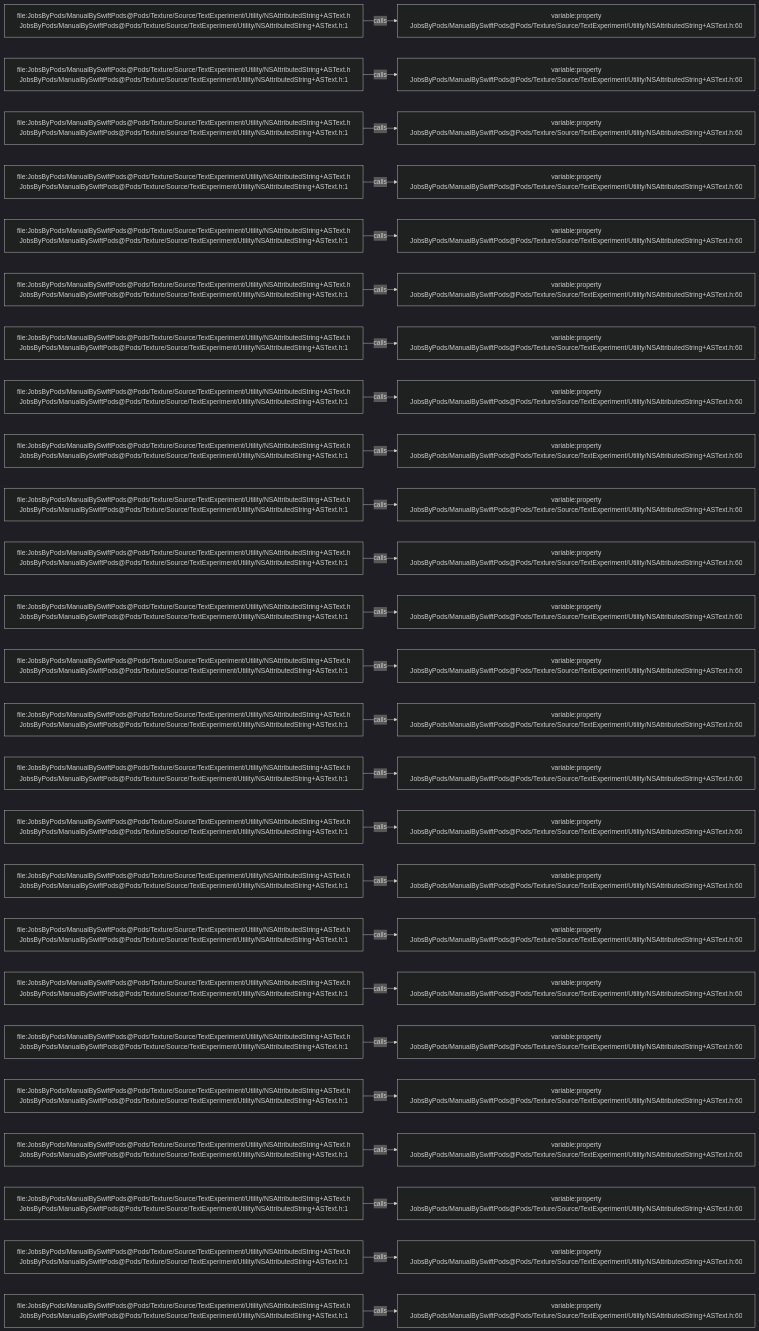
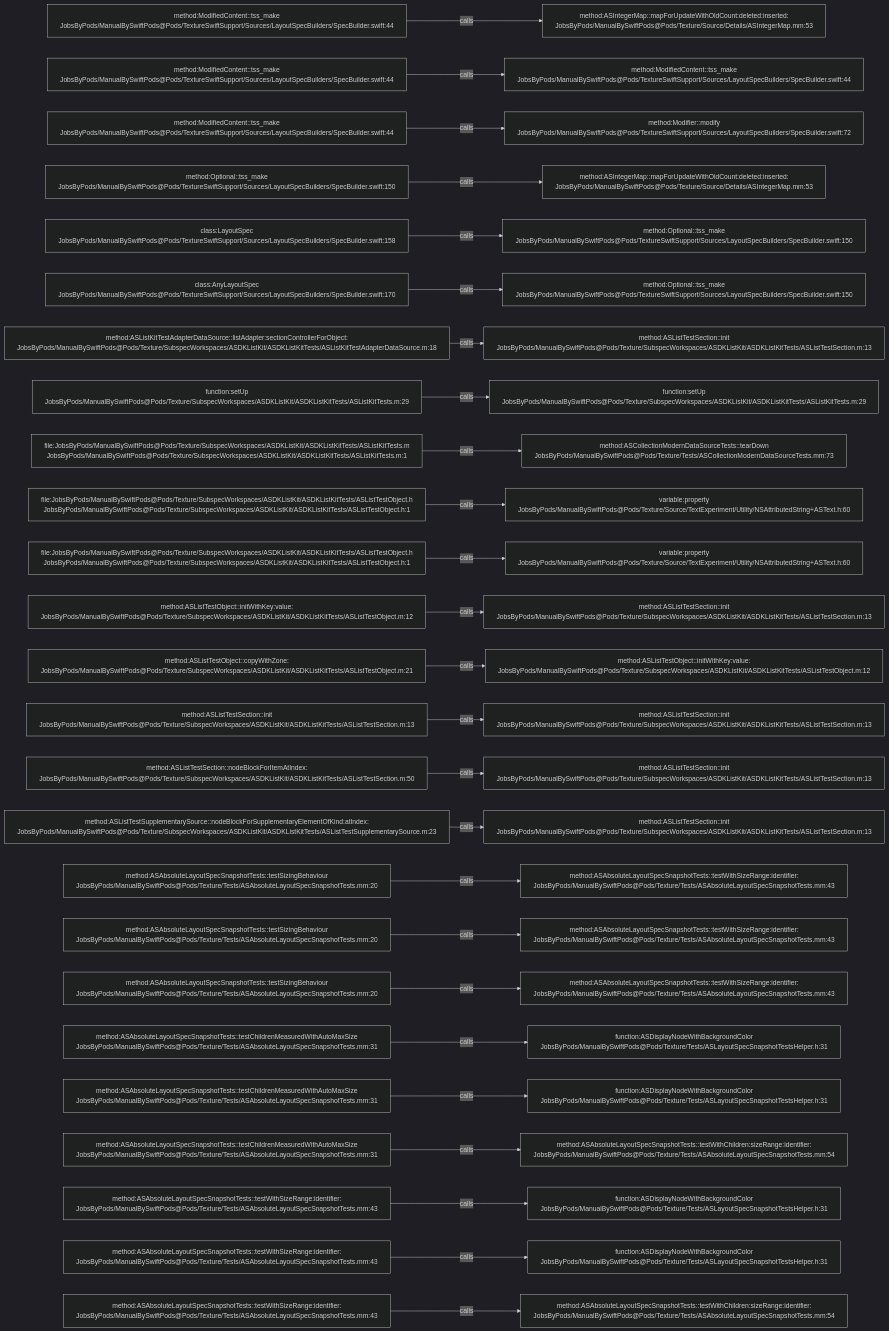
One commit to JobsKits/JobsSwiftBaseConfigDemo changed the diagram in .codegraph/codegraph.md/graphs/calls-160.md. Above: the diagram before and after it, drawn with Mermaid (dark theme). The commit also changed 832 other files, not shown here.

````diff
--- a/.codegraph/codegraph.md/graphs/calls-160.md
+++ b/.codegraph/codegraph.md/graphs/calls-160.md
@@ -13,78 +13,78 @@
 ```mermaid
 flowchart LR
-  S1["file:JobsByPods/ManualBySwiftPods@Pods/Texture/Source/TextExperiment/Utility/NSAttributedString+ASText.h<br/>JobsByPods/ManualBySwiftPods@Pods/Texture/Source/TextExperiment/Utility/NSAttributedString+ASText.h:1"]
-  T1["variable:property<br/>JobsByPods/ManualBySwiftPods@Pods/Texture/Source/TextExperiment/Utility/NSAttributedString+ASText.h:60"]
+  S1["method:ModifiedContent::tss_make<br/>JobsByPods/ManualBySwiftPods@Pods/TextureSwiftSupport/Sources/LayoutSpecBuilders/SpecBuilder.swift:44"]
+  T1["method:ASIntegerMap::mapForUpdateWithOldCount:deleted:inserted:<br/>JobsByPods/ManualBySwiftPods@Pods/Texture/Source/Details/ASIntegerMap.mm:53"]
   S1 -->|calls| T1
-  S2["file:JobsByPods/ManualBySwiftPods@Pods/Texture/Source/TextExperiment/Utility/NSAttributedString+ASText.h<br/>JobsByPods/ManualBySwiftPods@Pods/Texture/Source/TextExperiment/Utility/NSAttributedString+ASText.h:1"]
-  T2["variable:property<br/>JobsByPods/ManualBySwiftPods@Pods/Texture/Source/TextExperiment/Utility/NSAttributedString+ASText.h:60"]
+  S2["method:ModifiedContent::tss_make<br/>JobsByPods/ManualBySwiftPods@Pods/TextureSwiftSupport/Sources/LayoutSpecBuilders/SpecBuilder.swift:44"]
+  T2["method:ModifiedContent::tss_make<br/>JobsByPods/ManualBySwiftPods@Pods/TextureSwiftSupport/Sources/LayoutSpecBuilders/SpecBuilder.swift:44"]
   S2 -->|calls| T2
-  S3["file:JobsByPods/ManualBySwiftPods@Pods/Texture/Source/TextExperiment/Utility/NSAttributedString+ASText.h<br/>JobsByPods/ManualBySwiftPods@Pods/Texture/Source/TextExperiment/Utility/NSAttributedString+ASText.h:1"]
-  T3["variable:property<br/>JobsByPods/ManualBySwiftPods@Pods/Texture/Source/TextExperiment/Utility/NSAttributedString+ASText.h:60"]
+  S3["method:ModifiedContent::tss_make<br/>JobsByPods/ManualBySwiftPods@Pods/TextureSwiftSupport/Sources/LayoutSpecBuilders/SpecBuilder.swift:44"]
+  T3["method:Modifier::modify<br/>JobsByPods/ManualBySwiftPods@Pods/TextureSwiftSupport/Sources/LayoutSpecBuilders/SpecBuilder.swift:72"]
   S3 -->|calls| T3
-  S4["file:JobsByPods/ManualBySwiftPods@Pods/Texture/Source/TextExperiment/Utility/NSAttributedString+ASText.h<br/>JobsByPods/ManualBySwiftPods@Pods/Texture/Source/TextExperiment/Utility/NSAttributedString+ASText.h:1"]
-  T4["variable:property<br/>JobsByPods/ManualBySwiftPods@Pods/Texture/Source/TextExperiment/Utility/NSAttributedString+ASText.h:60"]
+  S4["method:Optional::tss_make<br/>JobsByPods/ManualBySwiftPods@Pods/TextureSwiftSupport/Sources/LayoutSpecBuilders/SpecBuilder.swift:150"]
+  T4["method:ASIntegerMap::mapForUpdateWithOldCount:deleted:inserted:<br/>JobsByPods/ManualBySwiftPods@Pods/Texture/Source/Details/ASIntegerMap.mm:53"]
   S4 -->|calls| T4
-  S5["file:JobsByPods/ManualBySwiftPods@Pods/Texture/Source/TextExperiment/Utility/NSAttributedString+ASText.h<br/>JobsByPods/ManualBySwiftPods@Pods/Texture/Source/TextExperiment/Utility/NSAttributedString+ASText.h:1"]
-  T5["variable:property<br/>JobsByPods/ManualBySwiftPods@Pods/Texture/Source/TextExperiment/Utility/NSAttributedString+ASText.h:60"]
+  S5["class:LayoutSpec<br/>JobsByPods/ManualBySwiftPods@Pods/TextureSwiftSupport/Sources/LayoutSpecBuilders/SpecBuilder.swift:158"]
+  T5["method:Optional::tss_make<br/>JobsByPods/ManualBySwiftPods@Pods/TextureSwiftSupport/Sources/LayoutSpecBuilders/SpecBuilder.swift:150"]
   S5 -->|calls| T5
-  S6["file:JobsByPods/ManualBySwiftPods@Pods/Texture/Source/TextExperiment/Utility/NSAttributedString+ASText.h<br/>JobsByPods/ManualBySwiftPods@Pods/Texture/Source/TextExperiment/Utility/NSAttributedString+ASText.h:1"]
-  T6["variable:property<br/>JobsByPods/ManualBySwiftPods@Pods/Texture/Source/TextExperiment/Utility/NSAttributedString+ASText.h:60"]
+  S6["class:AnyLayoutSpec<br/>JobsByPods/ManualBySwiftPods@Pods/TextureSwiftSupport/Sources/LayoutSpecBuilders/SpecBuilder.swift:170"]
+  T6["method:Optional::tss_make<br/>JobsByPods/ManualBySwiftPods@Pods/TextureSwiftSupport/Sources/LayoutSpecBuilders/SpecBuilder.swift:150"]
   S6 -->|calls| T6
-  S7["file:JobsByPods/ManualBySwiftPods@Pods/Texture/Source/TextExperiment/Utility/NSAttributedString+ASText.h<br/>JobsByPods/ManualBySwiftPods@Pods/Texture/Source/TextExperiment/Utility/NSAttributedString+ASText.h:1"]
-  T7["variable:property<br/>JobsByPods/ManualBySwiftPods@Pods/Texture/Source/TextExperiment/Utility/NSAttributedString+ASText.h:60"]
+  S7["method:ASListKitTestAdapterDataSource::listAdapter:sectionControllerForObject:<br/>JobsByPods/ManualBySwiftPods@Pods/Texture/SubspecWorkspaces/ASDKListKit/ASDKListKitTests/ASListKitTestAdapterDataSource.m:18"]
+  T7["method:ASListTestSection::init<br/>JobsByPods/ManualBySwiftPods@Pods/Texture/SubspecWorkspaces/ASDKListKit/ASDKListKitTests/ASListTestSection.m:13"]
   S7 -->|calls| T7
-  S8["file:JobsByPods/ManualBySwiftPods@Pods/Texture/Source/TextExperiment/Utility/NSAttributedString+ASText.h<br/>JobsByPods/ManualBySwiftPods@Pods/Texture/Source/TextExperiment/Utility/NSAttributedString+ASText.h:1"]
-  T8["variable:property<br/>JobsByPods/ManualBySwiftPods@Pods/Texture/Source/TextExperiment/Utility/NSAttributedString+ASText.h:60"]
+  S8["function:setUp<br/>JobsByPods/ManualBySwiftPods@Pods/Texture/SubspecWorkspaces/ASDKListKit/ASDKListKitTests/ASListKitTests.m:29"]
+  T8["function:setUp<br/>JobsByPods/ManualBySwiftPods@Pods/Texture/SubspecWorkspaces/ASDKListKit/ASDKListKitTests/ASListKitTests.m:29"]
   S8 -->|calls| T8
-  S9["file:JobsByPods/ManualBySwiftPods@Pods/Texture/Source/TextExperiment/Utility/NSAttributedString+ASText.h<br/>JobsByPods/ManualBySwiftPods@Pods/Texture/Source/TextExperiment/Utility/NSAttributedString+ASText.h:1"]
-  T9["variable:property<br/>JobsByPods/ManualBySwiftPods@Pods/Texture/Source/TextExperiment/Utility/NSAttributedString+ASText.h:60"]
+  S9["file:JobsByPods/ManualBySwiftPods@Pods/Texture/SubspecWorkspaces/ASDKListKit/ASDKListKitTests/ASListKitTests.m<br/>JobsByPods/ManualBySwiftPods@Pods/Texture/SubspecWorkspaces/ASDKListKit/ASDKListKitTests/ASListKitTests.m:1"]
+  T9["method:ASCollectionModernDataSourceTests::tearDown<br/>JobsByPods/ManualBySwiftPods@Pods/Texture/Tests/ASCollectionModernDataSourceTests.mm:73"]
   S9 -->|calls| T9
-  S10["file:JobsByPods/ManualBySwiftPods@Pods/Texture/Source/TextExperiment/Utility/NSAttributedString+ASText.h<br/>JobsByPods/ManualBySwiftPods@Pods/Texture/Source/TextExperiment/Utility/NSAttributedString+ASText.h:1"]
+  S10["file:JobsByPods/ManualBySwiftPods@Pods/Texture/SubspecWorkspaces/ASDKListKit/ASDKListKitTests/ASListTestObject.h<br/>JobsByPods/ManualBySwiftPods@Pods/Texture/SubspecWorkspaces/ASDKListKit/ASDKListKitTests/ASListTestObject.h:1"]
   T10["variable:property<br/>JobsByPods/ManualBySwiftPods@Pods/Texture/Source/TextExperiment/Utility/NSAttributedString+ASText.h:60"]
   S10 -->|calls| T10
-  S11["file:JobsByPods/ManualBySwiftPods@Pods/Texture/Source/TextExperiment/Utility/NSAttributedString+ASText.h<br/>JobsByPods/ManualBySwiftPods@Pods/Texture/Source/TextExperiment/Utility/NSAttributedString+ASText.h:1"]
+  S11["file:JobsByPods/ManualBySwiftPods@Pods/Texture/SubspecWorkspaces/ASDKListKit/ASDKListKitTests/ASListTestObject.h<br/>JobsByPods/ManualBySwiftPods@Pods/Texture/SubspecWorkspaces/ASDKListKit/ASDKListKitTests/ASListTestObject.h:1"]
   T11["variable:property<br/>JobsByPods/ManualBySwiftPods@Pods/Texture/Source/TextExperiment/Utility/NSAttributedString+ASText.h:60"]
   S11 -->|calls| T11
-  S12["file:JobsByPods/ManualBySwiftPods@Pods/Texture/Source/TextExperiment/Utility/NSAttributedString+ASText.h<br/>JobsByPods/ManualBySwiftPods@Pods/Texture/Source/TextExperiment/Utility/NSAttributedString+ASText.h:1"]
-  T12["variable:property<br/>JobsByPods/ManualBySwiftPods@Pods/Texture/Source/TextExperiment/Utility/NSAttributedString+ASText.h:60"]
+  S12["method:ASListTestObject::initWithKey:value:<br/>JobsByPods/ManualBySwiftPods@Pods/Texture/SubspecWorkspaces/ASDKListKit/ASDKListKitTests/ASListTestObject.m:12"]
+  T12["method:ASListTestSection::init<br/>JobsByPods/ManualBySwiftPods@Pods/Texture/SubspecWorkspaces/ASDKListKit/ASDKListKitTests/ASListTestSection.m:13"]
   S12 -->|calls| T12
-  S13["file:JobsByPods/ManualBySwiftPods@Pods/Texture/Source/TextExperiment/Utility/NSAttributedString+ASText.h<br/>JobsByPods/ManualBySwiftPods@Pods/Texture/Source/TextExperiment/Utility/NSAttributedString+ASText.h:1"]
-  T13["variable:property<br/>JobsByPods/ManualBySwiftPods@Pods/Texture/Source/TextExperiment/Utility/NSAttributedString+ASText.h:60"]
+  S13["method:ASListTestObject::copyWithZone:<br/>JobsByPods/ManualBySwiftPods@Pods/Texture/SubspecWorkspaces/ASDKListKit/ASDKListKitTests/ASListTestObject.m:21"]
+  T13["method:ASListTestObject::initWithKey:value:<br/>JobsByPods/ManualBySwiftPods@Pods/Texture/SubspecWorkspaces/ASDKListKit/ASDKListKitTests/ASListTestObject.m:12"]
   S13 -->|calls| T13
-  S14["file:JobsByPods/ManualBySwiftPods@Pods/Texture/Source/TextExperiment/Utility/NSAttributedString+ASText.h<br/>JobsByPods/ManualBySwiftPods@Pods/Texture/Source/TextExperiment/Utility/NSAttributedString+ASText.h:1"]
-  T14["variable:property<br/>JobsByPods/ManualBySwiftPods@Pods/Texture/Source/TextExperiment/Utility/NSAttributedString+ASText.h:60"]
+  S14["method:ASListTestSection::init<br/>JobsByPods/ManualBySwiftPods@Pods/Texture/SubspecWorkspaces/ASDKListKit/ASDKListKitTests/ASListTestSection.m:13"]
+  T14["method:ASListTestSection::init<br/>JobsByPods/ManualBySwiftPods@Pods/Texture/SubspecWorkspaces/ASDKListKit/ASDKListKitTests/ASListTestSection.m:13"]
   S14 -->|calls| T14
-  S15["file:JobsByPods/ManualBySwiftPods@Pods/Texture/Source/TextExperiment/Utility/NSAttributedString+ASText.h<br/>JobsByPods/ManualBySwiftPods@Pods/Texture/Source/TextExperiment/Utility/NSAttributedString+ASText.h:1"]
-  T15["variable:property<br/>JobsByPods/ManualBySwiftPods@Pods/Texture/Source/TextExperiment/Utility/NSAttributedString+ASText.h:60"]
+  S15["method:ASListTestSection::nodeBlockForItemAtIndex:<br/>JobsByPods/ManualBySwiftPods@Pods/Texture/SubspecWorkspaces/ASDKListKit/ASDKListKitTests/ASListTestSection.m:50"]
+  T15["method:ASListTestSection::init<br/>JobsByPods/ManualBySwiftPods@Pods/Texture/SubspecWorkspaces/ASDKListKit/ASDKListKitTests/ASListTestSection.m:13"]
   S15 -->|calls| T15
-  S16["file:JobsByPods/ManualBySwiftPods@Pods/Texture/Source/TextExperiment/Utility/NSAttributedString+ASText.h<br/>JobsByPods/ManualBySwiftPods@Pods/Texture/Source/TextExperiment/Utility/NSAttributedString+ASText.h:1"]
-  T16["variable:property<br/>JobsByPods/ManualBySwiftPods@Pods/Texture/Source/TextExperiment/Utility/NSAttributedString+ASText.h:60"]
+  S16["method:ASListTestSupplementarySource::nodeBlockForSupplementaryElementOfKind:atIndex:<br/>JobsByPods/ManualBySwiftPods@Pods/Texture/SubspecWorkspaces/ASDKListKit/ASDKListKitTests/ASListTestSupplementarySource.m:23"]
+  T16["method:ASListTestSection::init<br/>JobsByPods/ManualBySwiftPods@Pods/Texture/SubspecWorkspaces/ASDKListKit/ASDKListKitTests/ASListTestSection.m:13"]
   S16 -->|calls| T16
-  S17["file:JobsByPods/ManualBySwiftPods@Pods/Texture/Source/TextExperiment/Utility/NSAttributedString+ASText.h<br/>JobsByPods/ManualBySwiftPods@Pods/Texture/Source/TextExperiment/Utility/NSAttributedString+ASText.h:1"]
-  T17["variable:property<br/>JobsByPods/ManualBySwiftPods@Pods/Texture/Source/TextExperiment/Utility/NSAttributedString+ASText.h:60"]
+  S17["method:ASAbsoluteLayoutSpecSnapshotTests::testSizingBehaviour<br/>JobsByPods/ManualBySwiftPods@Pods/Texture/Tests/ASAbsoluteLayoutSpecSnapshotTests.mm:20"]
+  T17["method:ASAbsoluteLayoutSpecSnapshotTests::testWithSizeRange:identifier:<br/>JobsByPods/ManualBySwiftPods@Pods/Texture/Tests/ASAbsoluteLayoutSpecSnapshotTests.mm:43"]
   S17 -->|calls| T17
-  S18["file:JobsByPods/ManualBySwiftPods@Pods/Texture/Source/TextExperiment/Utility/NSAttributedString+ASText.h<br/>JobsByPods/ManualBySwiftPods@Pods/Texture/Source/TextExperiment/Utility/NSAttributedString+ASText.h:1"]
-  T18["variable:property<br/>JobsByPods/ManualBySwiftPods@Pods/Texture/Source/TextExperiment/Utility/NSAttributedString+ASText.h:60"]
+  S18["method:ASAbsoluteLayoutSpecSnapshotTests::testSizingBehaviour<br/>JobsByPods/ManualBySwiftPods@Pods/Texture/Tests/ASAbsoluteLayoutSpecSnapshotTests.mm:20"]
+  T18["method:ASAbsoluteLayoutSpecSnapshotTests::testWithSizeRange:identifier:<br/>JobsByPods/ManualBySwiftPods@Pods/Texture/Tests/ASAbsoluteLayoutSpecSnapshotTests.mm:43"]
   S18 -->|calls| T18
-  S19["file:JobsByPods/ManualBySwiftPods@Pods/Texture/Source/TextExperiment/Utility/NSAttributedString+ASText.h<br/>JobsByPods/ManualBySwiftPods@Pods/Texture/Source/TextExperiment/Utility/NSAttributedString+ASText.h:1"]
-  T19["variable:property<br/>JobsByPods/ManualBySwiftPods@Pods/Texture/Source/TextExperiment/Utility/NSAttributedString+ASText.h:60"]
+  S19["method:ASAbsoluteLayoutSpecSnapshotTests::testSizingBehaviour<br/>JobsByPods/ManualBySwiftPods@Pods/Texture/Tests/ASAbsoluteLayoutSpecSnapshotTests.mm:20"]
+  T19["method:ASAbsoluteLayoutSpecSnapshotTests::testWithSizeRange:identifier:<br/>JobsByPods/ManualBySwiftPods@Pods/Texture/Tests/ASAbsoluteLayoutSpecSnapshotTests.mm:43"]
   S19 -->|calls| T19
-  S20["file:JobsByPods/ManualBySwiftPods@Pods/Texture/Source/TextExperiment/Utility/NSAttributedString+ASText.h<br/>JobsByPods/ManualBySwiftPods@Pods/Texture/Source/TextExperiment/Utility/NSAttributedString+ASText.h:1"]
-  T20["variable:property<br/>JobsByPods/ManualBySwiftPods@Pods/Texture/Source/TextExperiment/Utility/NSAttributedString+ASText.h:60"]
+  S20["method:ASAbsoluteLayoutSpecSnapshotTests::testChildrenMeasuredWithAutoMaxSize<br/>JobsByPods/ManualBySwiftPods@Pods/Texture/Tests/ASAbsoluteLayoutSpecSnapshotTests.mm:31"]
+  T20["function:ASDisplayNodeWithBackgroundColor<br/>JobsByPods/ManualBySwiftPods@Pods/Texture/Tests/ASLayoutSpecSnapshotTestsHelper.h:31"]
   S20 -->|calls| T20
-  S21["file:JobsByPods/ManualBySwiftPods@Pods/Texture/Source/TextExperiment/Utility/NSAttributedString+ASText.h<br/>JobsByPods/ManualBySwiftPods@Pods/Texture/Source/TextExperiment/Utility/NSAttributedString+ASText.h:1"]
-  T21["variable:property<br/>JobsByPods/ManualBySwiftPods@Pods/Texture/Source/TextExperiment/Utility/NSAttributedString+ASText.h:60"]
+  S21["method:ASAbsoluteLayoutSpecSnapshotTests::testChildrenMeasuredWithAutoMaxSize<br/>JobsByPods/ManualBySwiftPods@Pods/Texture/Tests/ASAbsoluteLayoutSpecSnapshotTests.mm:31"]
+  T21["function:ASDisplayNodeWithBackgroundColor<br/>JobsByPods/ManualBySwiftPods@Pods/Texture/Tests/ASLayoutSpecSnapshotTestsHelper.h:31"]
   S21 -->|calls| T21
-  S22["file:JobsByPods/ManualBySwiftPods@Pods/Texture/Source/TextExperiment/Utility/NSAttributedString+ASText.h<br/>JobsByPods/ManualBySwiftPods@Pods/Texture/Source/TextExperiment/Utility/NSAttributedString+ASText.h:1"]
-  T22["variable:property<br/>JobsByPods/ManualBySwiftPods@Pods/Texture/Source/TextExperiment/Utility/NSAttributedString+ASText.h:60"]
+  S22["method:ASAbsoluteLayoutSpecSnapshotTests::testChildrenMeasuredWithAutoMaxSize<br/>JobsByPods/ManualBySwiftPods@Pods/Texture/Tests/ASAbsoluteLayoutSpecSnapshotTests.mm:31"]
+  T22["method:ASAbsoluteLayoutSpecSnapshotTests::testWithChildren:sizeRange:identifier:<br/>JobsByPods/ManualBySwiftPods@Pods/Texture/Tests/ASAbsoluteLayoutSpecSnapshotTests.mm:54"]
   S22 -->|calls| T22
-  S23["file:JobsByPods/ManualBySwiftPods@Pods/Texture/Source/TextExperiment/Utility/NSAttributedString+ASText.h<br/>JobsByPods/ManualBySwiftPods@Pods/Texture/Source/TextExperiment/Utility/NSAttributedString+ASText.h:1"]
-  T23["variable:property<br/>JobsByPods/ManualBySwiftPods@Pods/Texture/Source/TextExperiment/Utility/NSAttributedString+ASText.h:60"]
+  S23["method:ASAbsoluteLayoutSpecSnapshotTests::testWithSizeRange:identifier:<br/>JobsByPods/ManualBySwiftPods@Pods/Texture/Tests/ASAbsoluteLayoutSpecSnapshotTests.mm:43"]
+  T23["function:ASDisplayNodeWithBackgroundColor<br/>JobsByPods/ManualBySwiftPods@Pods/Texture/Tests/ASLayoutSpecSnapshotTestsHelper.h:31"]
   S23 -->|calls| T23
-  S24["file:JobsByPods/ManualBySwiftPods@Pods/Texture/Source/TextExperiment/Utility/NSAttributedString+ASText.h<br/>JobsByPods/ManualBySwiftPods@Pods/Texture/Source/TextExperiment/Utility/NSAttributedString+ASText.h:1"]
-  T24["variable:property<br/>JobsByPods/ManualBySwiftPods@Pods/Texture/Source/TextExperiment/Utility/NSAttributedString+ASText.h:60"]
+  S24["method:ASAbsoluteLayoutSpecSnapshotTests::testWithSizeRange:identifier:<br/>JobsByPods/ManualBySwiftPods@Pods/Texture/Tests/ASAbsoluteLayoutSpecSnapshotTests.mm:43"]
+  T24["function:ASDisplayNodeWithBackgroundColor<br/>JobsByPods/ManualBySwiftPods@Pods/Texture/Tests/ASLayoutSpecSnapshotTestsHelper.h:31"]
   S24 -->|calls| T24
-  S25["file:JobsByPods/ManualBySwiftPods@Pods/Texture/Source/TextExperiment/Utility/NSAttributedString+ASText.h<br/>JobsByPods/ManualBySwiftPods@Pods/Texture/Source/TextExperiment/Utility/NSAttributedString+ASText.h:1"]
-  T25["variable:property<br/>JobsByPods/ManualBySwiftPods@Pods/Texture/Source/TextExperiment/Utility/NSAttributedString+ASText.h:60"]
+  S25["method:ASAbsoluteLayoutSpecSnapshotTests::testWithSizeRange:identifier:<br/>JobsByPods/ManualBySwiftPods@Pods/Texture/Tests/ASAbsoluteLayoutSpecSnapshotTests.mm:43"]
+  T25["method:ASAbsoluteLayoutSpecSnapshotTests::testWithChildren:sizeRange:identifier:<br/>JobsByPods/ManualBySwiftPods@Pods/Texture/Tests/ASAbsoluteLayoutSpecSnapshotTests.mm:54"]
   S25 -->|calls| T25
 ```
````
